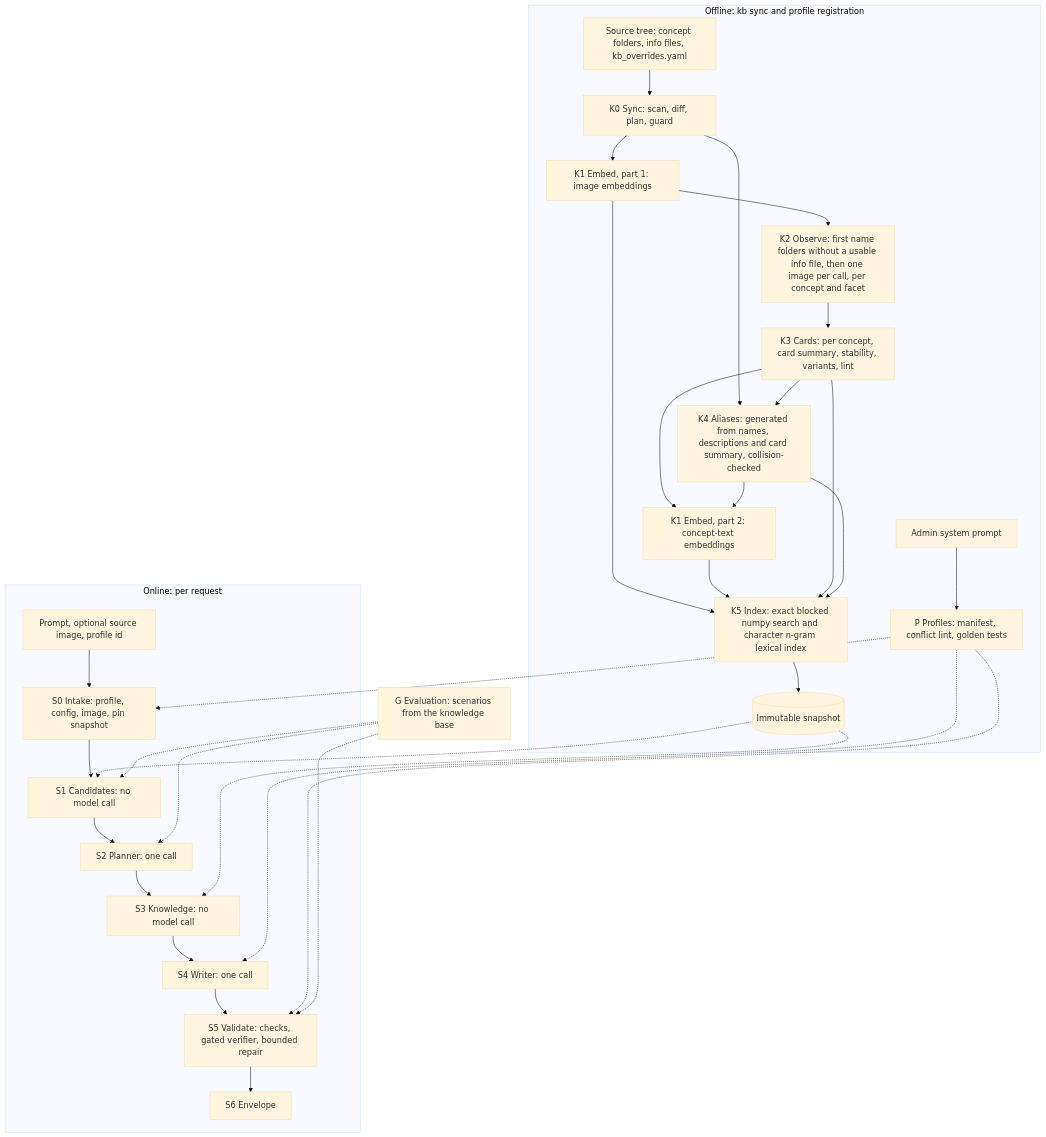
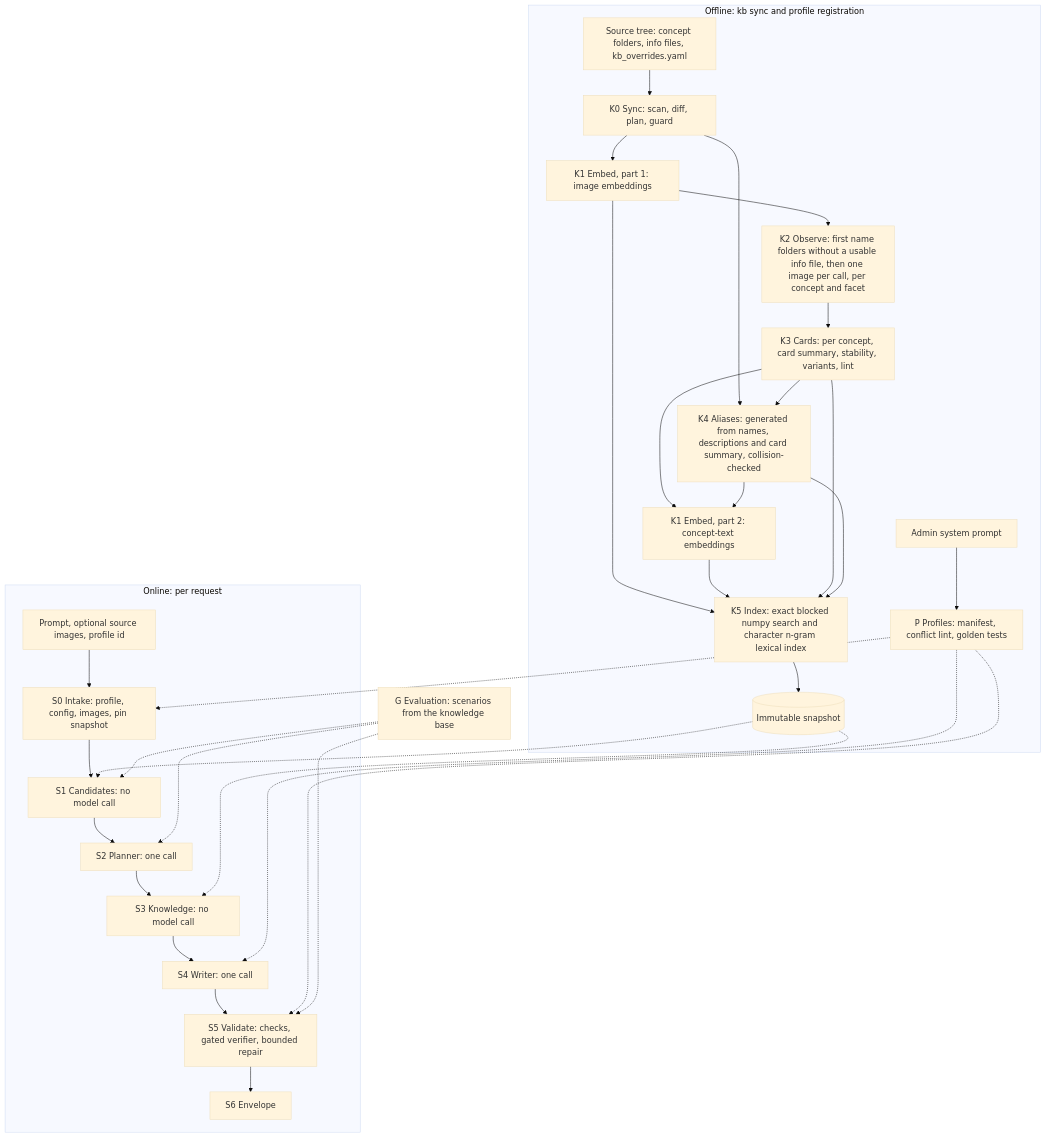
One commit to duongve13112002/prompt-enhancer-pipeline changed the diagram in docs/architecture.md. Above: the diagram before and after it, drawn with Mermaid (base theme). The commit also changed other lines of this file and 37 other files, not shown here.

````diff
--- a/docs/architecture.md
+++ b/docs/architecture.md
@@ -34,36 +34,36 @@
 ```mermaid
 flowchart TB
   subgraph OFF["Offline: kb sync and profile registration"]
     SRC[Source tree: concept folders, info files, kb_overrides.yaml] --> K0[K0 Sync: scan, diff, plan, guard]
     K0 --> K1I[K1 Embed, part 1: image embeddings]
     K1I --> K2[K2 Observe: first name folders without a usable info file, then one image per call, per concept and facet]
     K2 --> K3[K3 Cards: per concept, card summary, stability, variants, lint]
     K0 --> K4[K4 Aliases: generated from names, descriptions and card summary, collision-checked]
     K3 --> K4
     K3 --> K1T[K1 Embed, part 2: concept-text embeddings]
     K4 --> K1T
     K1I --> K5[K5 Index: exact blocked numpy search and character n-gram lexical index]
     K1T --> K5
     K3 --> K5
     K4 --> K5
     K5 --> SNAP[(Immutable snapshot)]
     SP[Admin system prompt] --> P[P Profiles: manifest, conflict lint, golden tests]
   end
   subgraph ON["Online: per request"]
-    REQ[Prompt, optional source image, profile id] --> S0[S0 Intake: profile, config, image, pin snapshot]
+    REQ[Prompt, optional source images, profile id] --> S0[S0 Intake: profile, config, images, pin snapshot]
     S0 --> S1[S1 Candidates: no model call]
     S1 --> S2[S2 Planner: one call]
     S2 --> S3[S3 Knowledge: no model call]
     S3 --> S4[S4 Writer: one call]
     S4 --> S5[S5 Validate: checks, gated verifier, bounded repair]
     S5 --> S6[S6 Envelope]
   end
   SNAP -.-> S1
   SNAP -.-> S3
   P -.-> S0
   P -.-> S4
   P -.-> S5
   G[G Evaluation: scenarios from the knowledge base] -.-> S1
   G -.-> S2
   G -.-> S5
 ```
````
